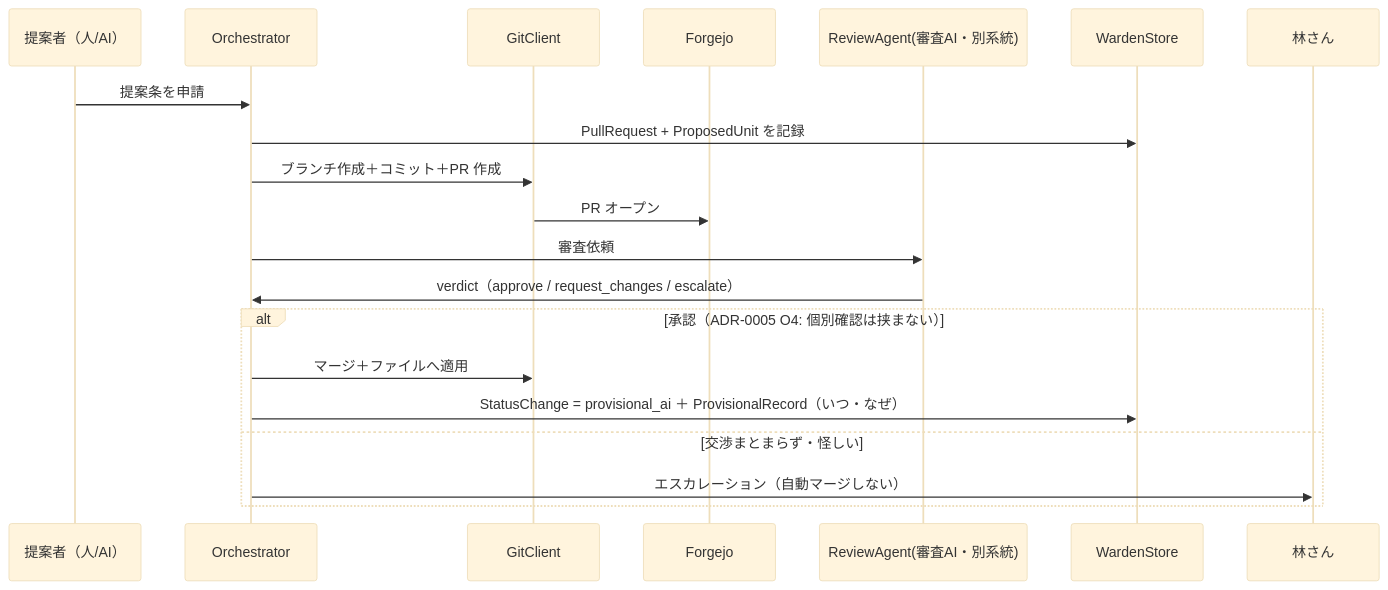
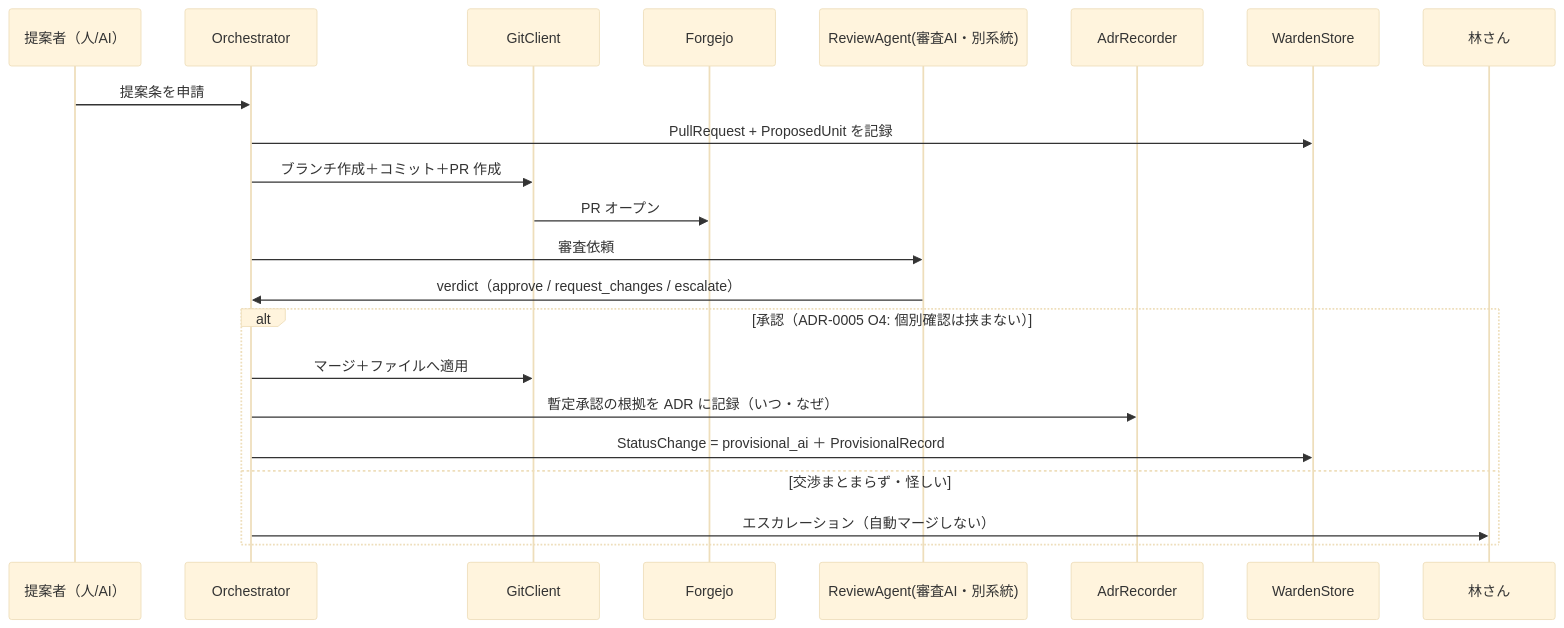
One commit to khayashi4337/rule-warden changed the fifth of 6 diagrams in docs/adr/0002.5-domain-model.md. Above: the diagram before and after it, drawn with Mermaid (base theme). The commit also changed other lines of this file and 3 other files, not shown here.

First line of the commit message:
図・DDL 第3ラウンド整合レビュー: O1/O5/O8 の残存不整合を修正

````diff
--- a/docs/adr/0002.5-domain-model.md
+++ b/docs/adr/0002.5-domain-model.md
@@ -259,23 +262,25 @@
 ```mermaid
 sequenceDiagram
     participant P as 提案者（人/AI）
     participant O as Orchestrator
     participant GC as GitClient
     participant F as Forgejo
     participant RA as ReviewAgent(審査AI・別系統)
+    participant AR as AdrRecorder
     participant DB as WardenStore
     participant H as 林さん
 
     P->>O: 提案条を申請
     O->>DB: PullRequest + ProposedUnit を記録
     O->>GC: ブランチ作成＋コミット＋PR 作成
     GC->>F: PR オープン
     O->>RA: 審査依頼
     RA->>O: verdict（approve / request_changes / escalate）
     alt 承認（ADR-0005 O4: 個別確認は挟まない）
         O->>GC: マージ＋ファイルへ適用
-        O->>DB: StatusChange = provisional_ai ＋ ProvisionalRecord（いつ・なぜ）
+        O->>AR: 暫定承認の根拠を ADR に記録（いつ・なぜ）
+        O->>DB: StatusChange = provisional_ai ＋ ProvisionalRecord
     else 交渉まとまらず・怪しい
         O->>H: エスカレーション（自動マージしない）
     end
 ```
````
